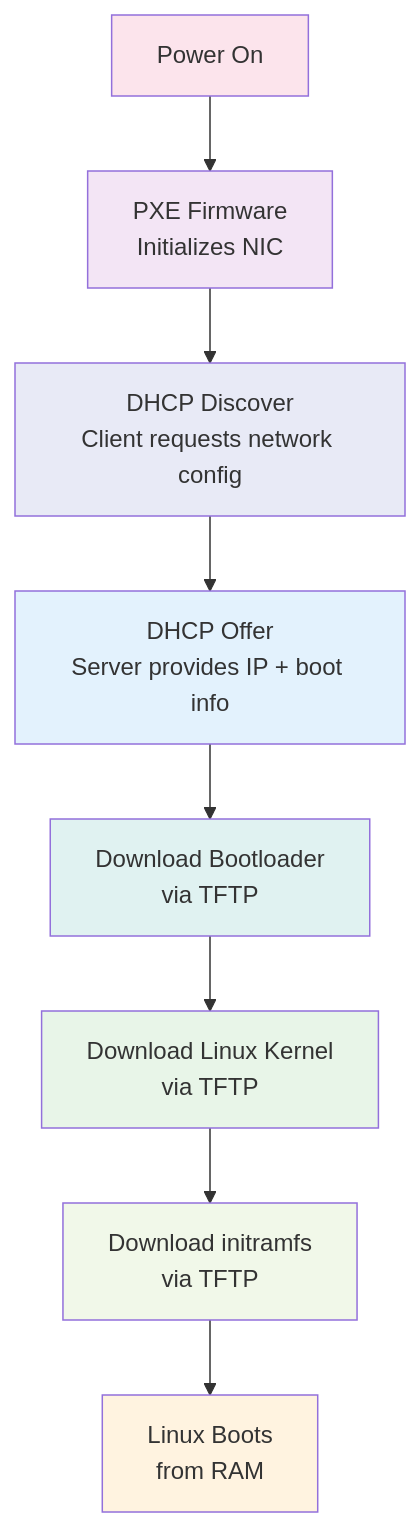
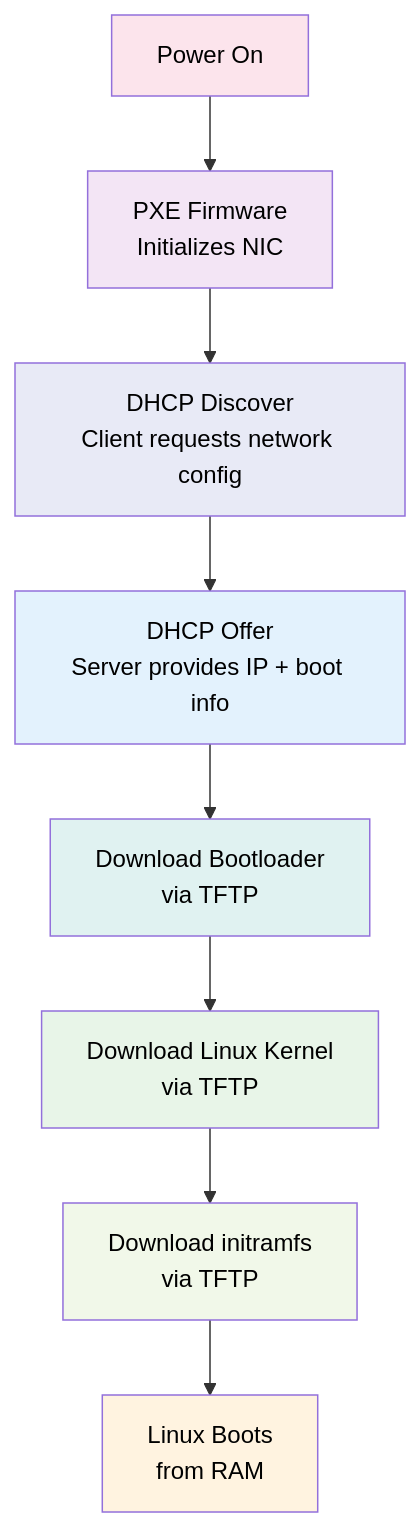
One commit to dhanushbs10/PXE-Network-Boot-Lab changed the second of 2 diagrams in README.md. Above: the diagram before and after it, drawn with Mermaid. The commit also changed other lines of this file, not shown here.

Commit message:
style: improve diagram readability with black text on mermaid nodes

````diff
--- a/README.md
+++ b/README.md
@@ -77,19 +77,19 @@
 ```mermaid
 flowchart TD
     A[Power On] --> B[PXE Firmware<br/>Initializes NIC]
     B --> C[DHCP Discover<br/>Client requests network config]
     C --> D[DHCP Offer<br/>Server provides IP + boot info]
     D --> E[Download Bootloader<br/>via TFTP]
     E --> F[Download Linux Kernel<br/>via TFTP]
     F --> G[Download initramfs<br/>via TFTP]
     G --> H[Linux Boots<br/>from RAM]
     
-    style A fill:#fce4ec
-    style B fill:#f3e5f5
-    style C fill:#e8eaf6
-    style D fill:#e3f2fd
-    style E fill:#e0f2f1
-    style F fill:#e8f5e8
-    style G fill:#f1f8e9
-    style H fill:#fff3e0
+    style A fill:#fce4ec,color:#000000
+    style B fill:#f3e5f5,color:#000000
+    style C fill:#e8eaf6,color:#000000
+    style D fill:#e3f2fd,color:#000000
+    style E fill:#e0f2f1,color:#000000
+    style F fill:#e8f5e8,color:#000000
+    style G fill:#f1f8e9,color:#000000
+    style H fill:#fff3e0,color:#000000
 ```
````
